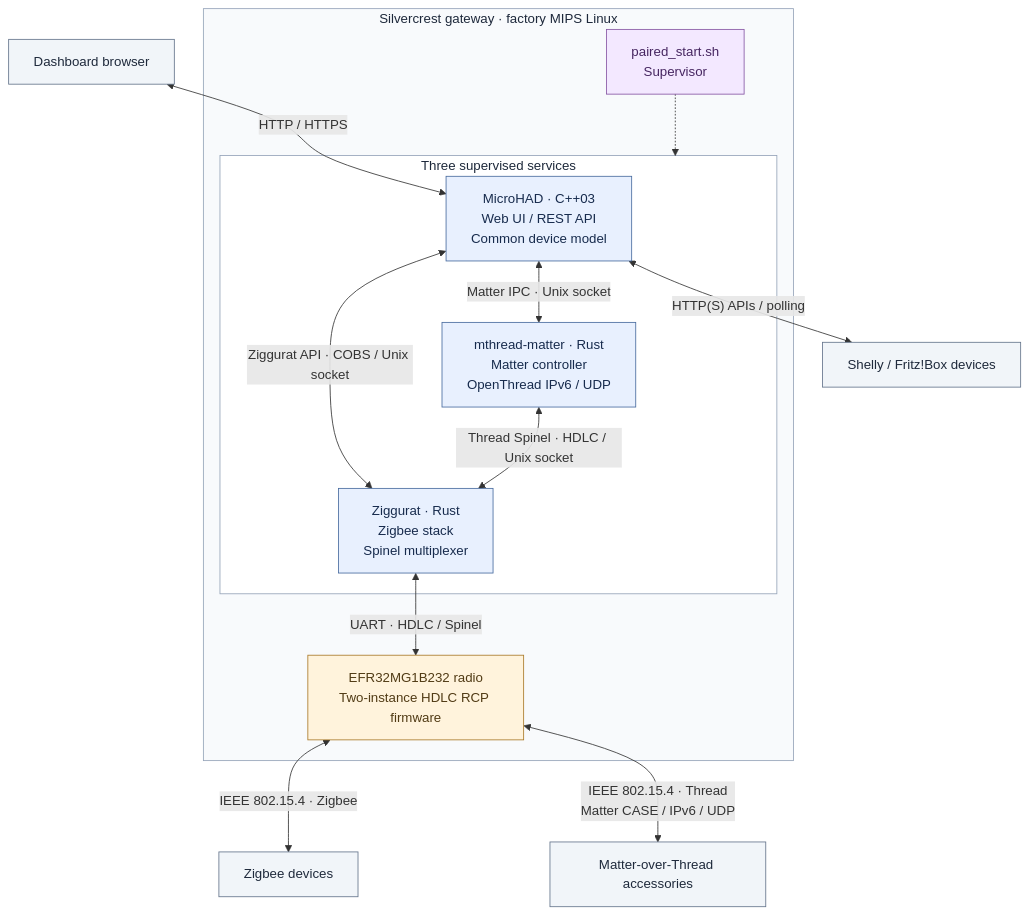
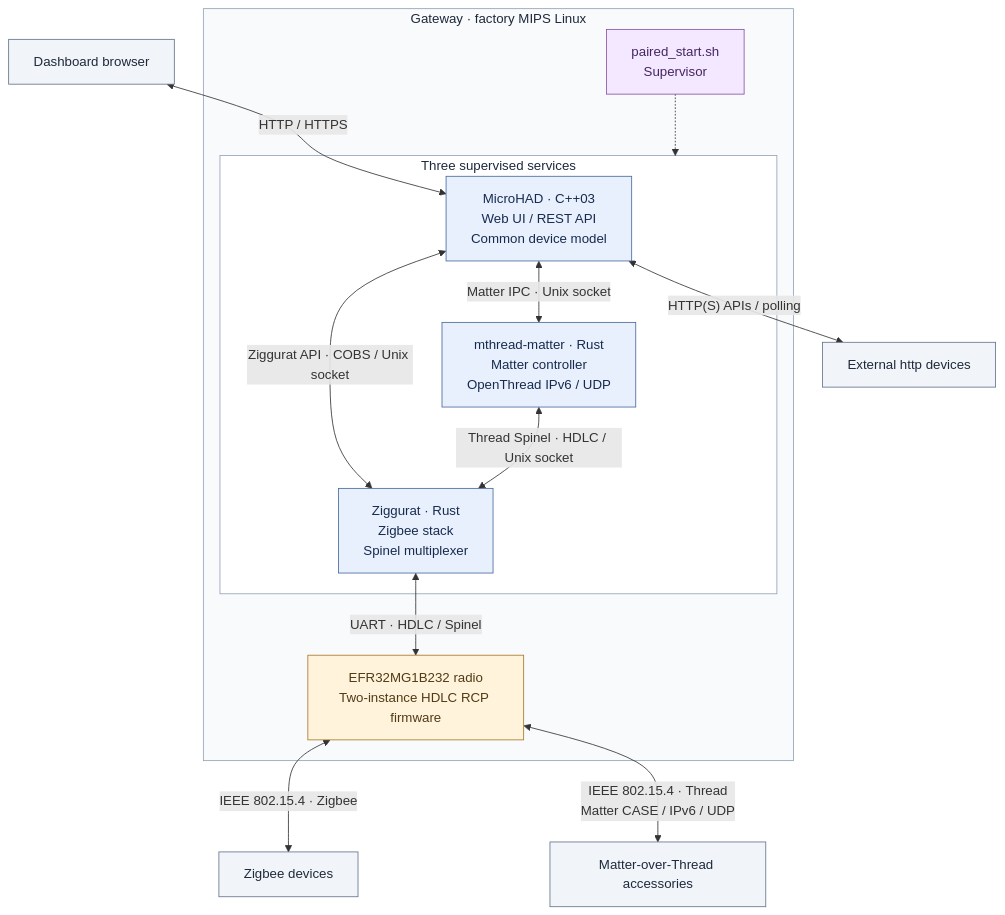
Before and after one commit to ChristophKaser/microhad: the first of 2 diagrams in readme.md, drawn with Mermaid. The commit also changed other lines of this file, not shown here.

````diff
--- a/readme.md
+++ b/readme.md
@@ -70,38 +69,38 @@
 ```mermaid
 flowchart TB
     browser["Dashboard browser"]
-    httpDevices["Shelly / Fritz!Box devices"]
+    httpDevices["External http devices"]
 
-    subgraph gateway["Silvercrest gateway · factory MIPS Linux"]
+    subgraph gateway["Gateway · factory MIPS Linux"]
         supervisor["paired_start.sh<br/>Supervisor"]
         subgraph services["Three supervised services"]
             native["MicroHAD · C++03<br/>Web UI / REST API<br/>Common device model"]
             matter["mthread-matter · Rust<br/>Matter controller<br/>OpenThread IPv6 / UDP"]
             ziggurat["Ziggurat · Rust<br/>Zigbee stack<br/>Spinel multiplexer"]
             native <-->|"Matter IPC · Unix socket"| matter
             native <-->|"Ziggurat API · COBS / Unix socket"| ziggurat
             matter <-->|"Thread Spinel · HDLC / Unix socket"| ziggurat
         end
         radio["EFR32MG1B232 radio<br/>Two-instance HDLC RCP firmware"]
         supervisor -.-> services
         ziggurat <-->|"UART · HDLC / Spinel"| radio
     end
 
     zigbeeDevices["Zigbee devices"]
     matterDevices["Matter-over-Thread accessories"]
     browser <-->|"HTTP / HTTPS"| native
     native <-->|"HTTP(S) APIs / polling"| httpDevices
     radio <-->|"IEEE 802.15.4 · Zigbee"| zigbeeDevices
     radio <-->|"IEEE 802.15.4 · Thread<br/>Matter CASE / IPv6 / UDP"| matterDevices
 
     classDef service fill:#e8f0fe,stroke:#476a9e,color:#172b4d
     classDef hardware fill:#fff3dc,stroke:#a97928,color:#513b15
     classDef endpoint fill:#f1f5f9,stroke:#64748b,color:#1e293b
     classDef manager fill:#f3e8ff,stroke:#8655a3,color:#462661
     class native,matter,ziggurat service
     class radio hardware
     class browser,httpDevices,zigbeeDevices,matterDevices endpoint
     class supervisor manager
     style gateway fill:#f8fafc,stroke:#94a3b8,color:#1e293b
     style services fill:#ffffff,stroke:#94a3b8,color:#1e293b
 ```
````
